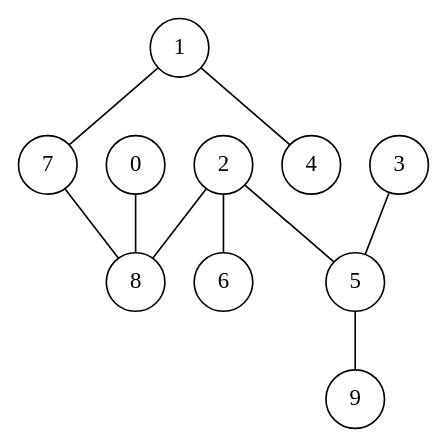
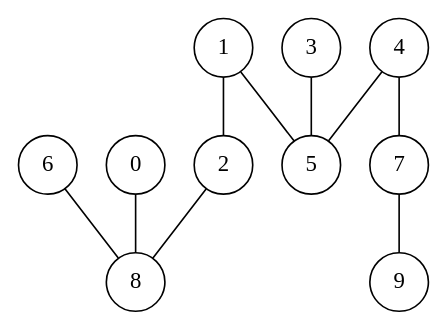
One commit to rafaelpeixoto7559/TI4-Games changed the diagram in Assets/grafo.dot. Above: the diagram before and after it, drawn with Graphviz. The commit also changed 18 other files, not shown here.

```diff
--- a/Assets/grafo.dot
+++ b/Assets/grafo.dot
@@ -1,12 +1,12 @@
 graph G {
     node [shape=circle];
-    2 -- 6;
+    6 -- 8;
+    4 -- 7;
+    4 -- 5;
+    0 -- 8;
+    7 -- 9;
+    3 -- 5;
     2 -- 8;
-    0 -- 8;
-    1 -- 4;
-    7 -- 8;
-    5 -- 9;
-    1 -- 7;
-    3 -- 5;
-    2 -- 5;
+    1 -- 2;
+    1 -- 5;
 }
```
